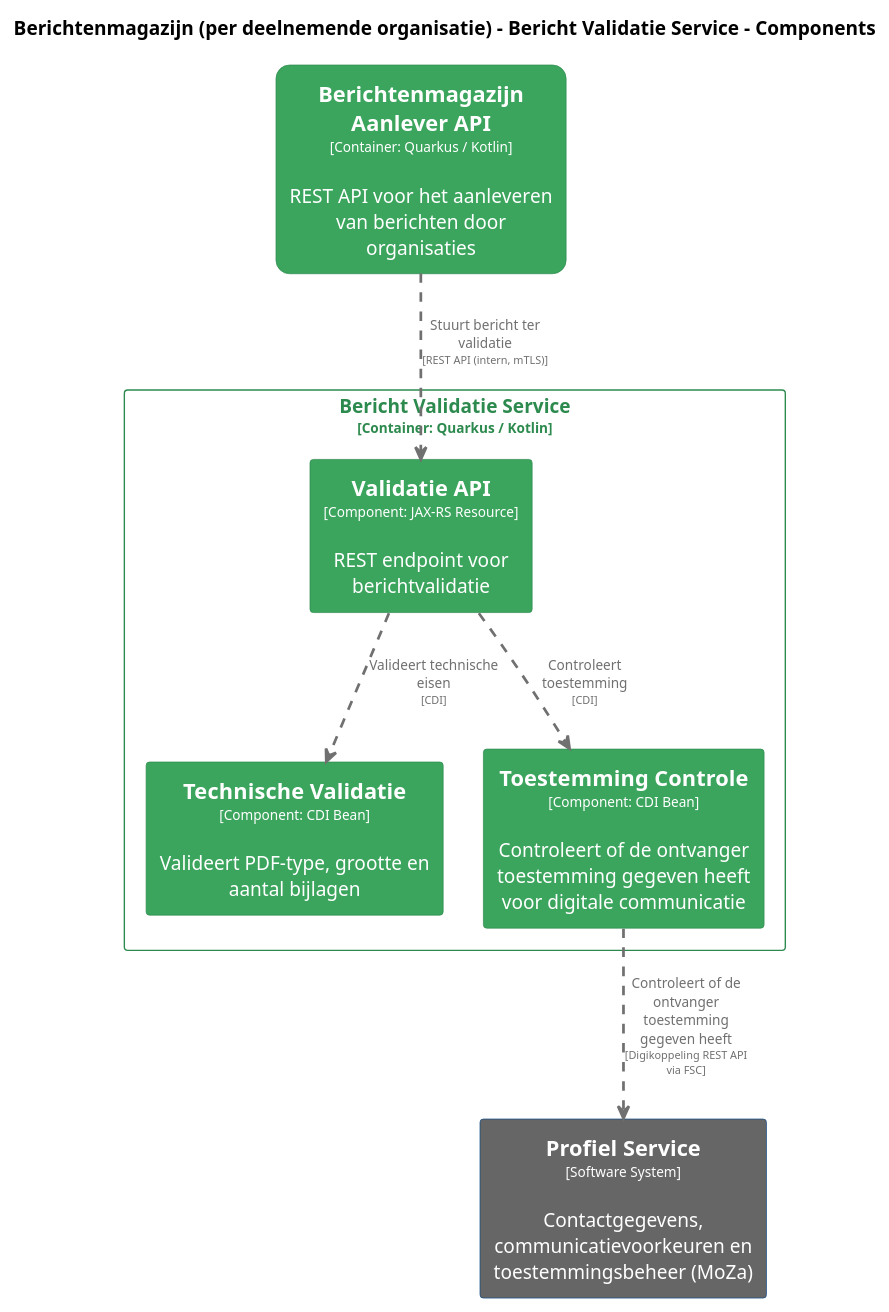
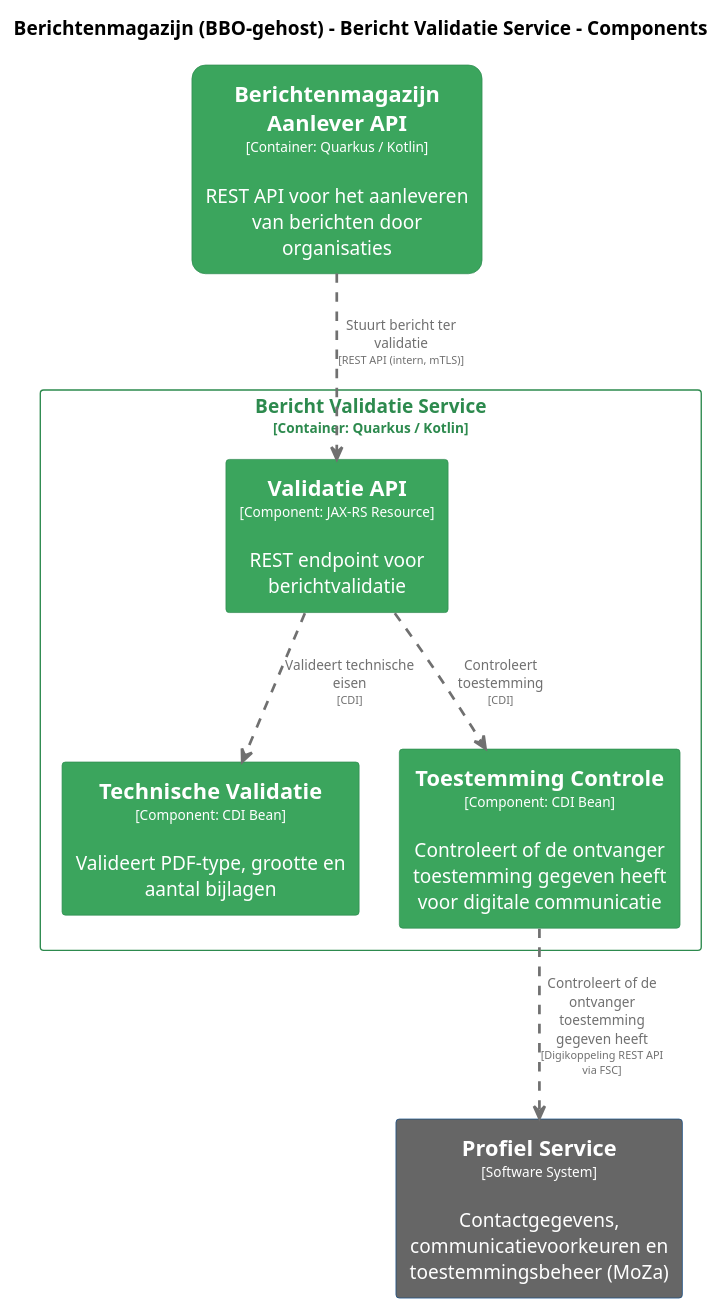
The diagram in master/puml/BerichtValidatieComponenten.puml (MinBZK/moza-poc-fbs-berichtenbox), drawn with PlantUML before and after one commit. The commit also changed 90 other files, not shown here.

```diff
--- a/master/puml/BerichtValidatieComponenten.puml
+++ b/master/puml/BerichtValidatieComponenten.puml
@@ -1,68 +1,68 @@
 @startuml
 set separator none
-title Berichtenmagazijn (per deelnemende organisatie) - Bericht Validatie Service - Components
+title Berichtenmagazijn (BBO-gehost) - Bericht Validatie Service - Components
 
 top to bottom direction
 skinparam ranksep 60
 skinparam nodesep 30
 
 skinparam {
   arrowFontSize 10
   defaultTextAlignment center
   wrapWidth 200
   maxMessageSize 100
 }
 
 hide stereotype
 
-skinparam rectangle<<Berichtenmagazijnperdeelnemendeorganisatie.BerichtenmagazijnAanleverAPI>> {
+skinparam rectangle<<BerichtenmagazijnBBOgehost.BerichtenmagazijnAanleverAPI>> {
   BackgroundColor #3ba55d
   FontColor #ffffff
   BorderColor #2d8a4e
   roundCorner 20
   shadowing false
 }
 skinparam rectangle<<ProfielService>> {
   BackgroundColor #666666
   FontColor #ffffff
   BorderColor #0b4884
   shadowing false
 }
-skinparam rectangle<<Berichtenmagazijnperdeelnemendeorganisatie.BerichtValidatieService.TechnischeValidatie>> {
+skinparam rectangle<<BerichtenmagazijnBBOgehost.BerichtValidatieService.TechnischeValidatie>> {
   BackgroundColor #3ba55d
   FontColor #ffffff
   BorderColor #2d8a4e
   shadowing false
 }
-skinparam rectangle<<Berichtenmagazijnperdeelnemendeorganisatie.BerichtValidatieService.ToestemmingControle>> {
+skinparam rectangle<<BerichtenmagazijnBBOgehost.BerichtValidatieService.ToestemmingControle>> {
   BackgroundColor #3ba55d
   FontColor #ffffff
   BorderColor #2d8a4e
   shadowing false
 }
-skinparam rectangle<<Berichtenmagazijnperdeelnemendeorganisatie.BerichtValidatieService.ValidatieAPI>> {
+skinparam rectangle<<BerichtenmagazijnBBOgehost.BerichtValidatieService.ValidatieAPI>> {
   BackgroundColor #3ba55d
   FontColor #ffffff
   BorderColor #2d8a4e
   shadowing false
 }
-skinparam rectangle<<Berichtenmagazijnperdeelnemendeorganisatie.BerichtValidatieService>> {
+skinparam rectangle<<BerichtenmagazijnBBOgehost.BerichtValidatieService>> {
   BorderColor #2d8a4e
   FontColor #2d8a4e
   shadowing false
 }
 
 rectangle "==Profiel Service\n<size:10>[Software System]</size>\n\nContactgegevens, communicatievoorkeuren en toestemmingsbeheer (MoZa)" <<ProfielService>> as ProfielService
-rectangle "==Berichtenmagazijn Aanlever API\n<size:10>[Container: Quarkus / Kotlin]</size>\n\nREST API voor het aanleveren van berichten door organisaties" <<Berichtenmagazijnperdeelnemendeorganisatie.BerichtenmagazijnAanleverAPI>> as Berichtenmagazijnperdeelnemendeorganisatie.BerichtenmagazijnAanleverAPI
+rectangle "==Berichtenmagazijn Aanlever API\n<size:10>[Container: Quarkus / Kotlin]</size>\n\nREST API voor het aanleveren van berichten door organisaties" <<BerichtenmagazijnBBOgehost.BerichtenmagazijnAanleverAPI>> as BerichtenmagazijnBBOgehost.BerichtenmagazijnAanleverAPI
 
-rectangle "Bericht Validatie Service\n<size:10>[Container: Quarkus / Kotlin]</size>" <<Berichtenmagazijnperdeelnemendeorganisatie.BerichtValidatieService>> {
-  rectangle "==Validatie API\n<size:10>[Component: JAX-RS Resource]</size>\n\nREST endpoint voor berichtvalidatie" <<Berichtenmagazijnperdeelnemendeorganisatie.BerichtValidatieService.ValidatieAPI>> as Berichtenmagazijnperdeelnemendeorganisatie.BerichtValidatieService.ValidatieAPI
-  rectangle "==Technische Validatie\n<size:10>[Component: CDI Bean]</size>\n\nValideert PDF-type, grootte en aantal bijlagen" <<Berichtenmagazijnperdeelnemendeorganisatie.BerichtValidatieService.TechnischeValidatie>> as Berichtenmagazijnperdeelnemendeorganisatie.BerichtValidatieService.TechnischeValidatie
-  rectangle "==Toestemming Controle\n<size:10>[Component: CDI Bean]</size>\n\nControleert of de ontvanger toestemming gegeven heeft voor digitale communicatie" <<Berichtenmagazijnperdeelnemendeorganisatie.BerichtValidatieService.ToestemmingControle>> as Berichtenmagazijnperdeelnemendeorganisatie.BerichtValidatieService.ToestemmingControle
+rectangle "Bericht Validatie Service\n<size:10>[Container: Quarkus / Kotlin]</size>" <<BerichtenmagazijnBBOgehost.BerichtValidatieService>> {
+  rectangle "==Validatie API\n<size:10>[Component: JAX-RS Resource]</size>\n\nREST endpoint voor berichtvalidatie" <<BerichtenmagazijnBBOgehost.BerichtValidatieService.ValidatieAPI>> as BerichtenmagazijnBBOgehost.BerichtValidatieService.ValidatieAPI
+  rectangle "==Technische Validatie\n<size:10>[Component: CDI Bean]</size>\n\nValideert PDF-type, grootte en aantal bijlagen" <<BerichtenmagazijnBBOgehost.BerichtValidatieService.TechnischeValidatie>> as BerichtenmagazijnBBOgehost.BerichtValidatieService.TechnischeValidatie
+  rectangle "==Toestemming Controle\n<size:10>[Component: CDI Bean]</size>\n\nControleert of de ontvanger toestemming gegeven heeft voor digitale communicatie" <<BerichtenmagazijnBBOgehost.BerichtValidatieService.ToestemmingControle>> as BerichtenmagazijnBBOgehost.BerichtValidatieService.ToestemmingControle
 }
 
-Berichtenmagazijnperdeelnemendeorganisatie.BerichtValidatieService.ToestemmingControle .[#707070,thickness=2].> ProfielService : "<color:#707070>Controleert of de ontvanger toestemming gegeven heeft\n<color:#707070><size:8>[Digikoppeling REST API via FSC]</size>"
-Berichtenmagazijnperdeelnemendeorganisatie.BerichtValidatieService.ValidatieAPI .[#707070,thickness=2].> Berichtenmagazijnperdeelnemendeorganisatie.BerichtValidatieService.TechnischeValidatie : "<color:#707070>Valideert technische eisen\n<color:#707070><size:8>[CDI]</size>"
-Berichtenmagazijnperdeelnemendeorganisatie.BerichtValidatieService.ValidatieAPI .[#707070,thickness=2].> Berichtenmagazijnperdeelnemendeorganisatie.BerichtValidatieService.ToestemmingControle : "<color:#707070>Controleert toestemming\n<color:#707070><size:8>[CDI]</size>"
-Berichtenmagazijnperdeelnemendeorganisatie.BerichtenmagazijnAanleverAPI .[#707070,thickness=2].> Berichtenmagazijnperdeelnemendeorganisatie.BerichtValidatieService.ValidatieAPI : "<color:#707070>Stuurt bericht ter validatie\n<color:#707070><size:8>[REST API (intern, mTLS)]</size>"
+BerichtenmagazijnBBOgehost.BerichtValidatieService.ToestemmingControle .[#707070,thickness=2].> ProfielService : "<color:#707070>Controleert of de ontvanger toestemming gegeven heeft\n<color:#707070><size:8>[Digikoppeling REST API via FSC]</size>"
+BerichtenmagazijnBBOgehost.BerichtValidatieService.ValidatieAPI .[#707070,thickness=2].> BerichtenmagazijnBBOgehost.BerichtValidatieService.TechnischeValidatie : "<color:#707070>Valideert technische eisen\n<color:#707070><size:8>[CDI]</size>"
+BerichtenmagazijnBBOgehost.BerichtValidatieService.ValidatieAPI .[#707070,thickness=2].> BerichtenmagazijnBBOgehost.BerichtValidatieService.ToestemmingControle : "<color:#707070>Controleert toestemming\n<color:#707070><size:8>[CDI]</size>"
+BerichtenmagazijnBBOgehost.BerichtenmagazijnAanleverAPI .[#707070,thickness=2].> BerichtenmagazijnBBOgehost.BerichtValidatieService.ValidatieAPI : "<color:#707070>Stuurt bericht ter validatie\n<color:#707070><size:8>[REST API (intern, mTLS)]</size>"
 @enduml
```
